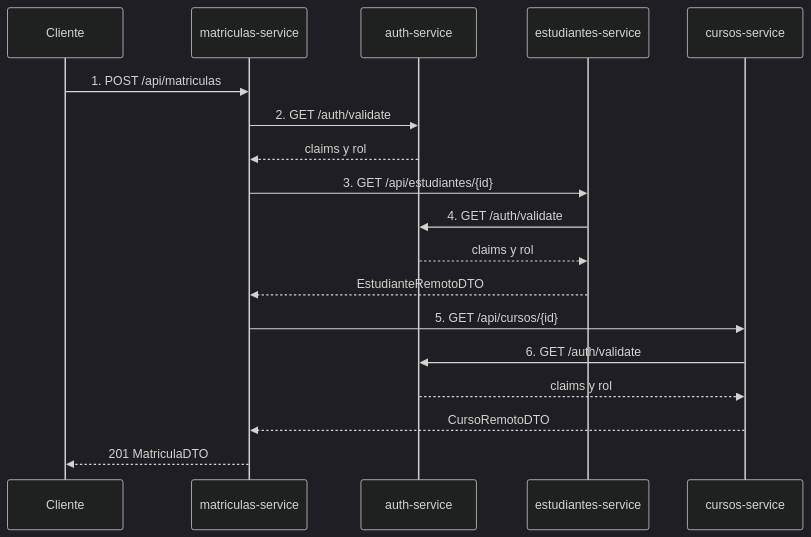
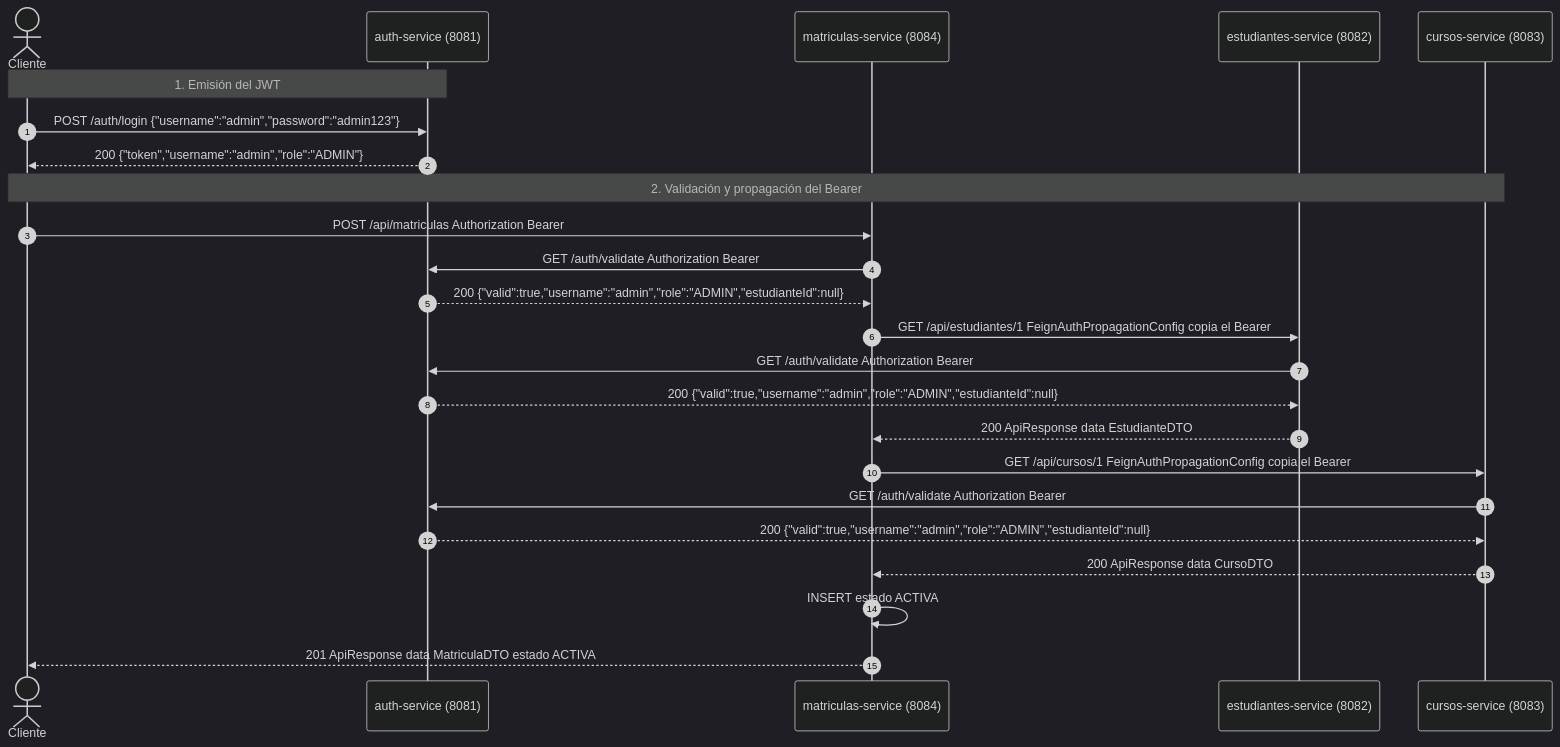
The diagram in proyecto-s3/MEMORIA-TECNICA-S3.md (smuke123/PROYECTOSOFTWARE), drawn with Mermaid (dark theme) before and after one commit. The commit also changed other lines of this file and 1 other file, not shown here.

Commit message:
docs: document JWT propagation, run steps, and the enrollment race
The README now lists the Docker build, seed credentials, and Swagger/H2 URLs. Both documents trace the Bearer token through Feign on POST /api/matriculas, and the technical memo records the cited verification results plus the cupo race.

````diff
--- a/proyecto-s3/MEMORIA-TECNICA-S3.md
+++ b/proyecto-s3/MEMORIA-TECNICA-S3.md
@@ -235,21 +237,31 @@
 ```mermaid
 sequenceDiagram
-    participant C as Cliente
-    participant M as matriculas-service
-    participant A as auth-service
-    participant E as estudiantes-service
-    participant U as cursos-service
+    autonumber
+    actor Cliente
+    participant Auth as auth-service (8081)
+    participant Mat as matriculas-service (8084)
+    participant Est as estudiantes-service (8082)
+    participant Cur as cursos-service (8083)
 
-    C->>M: 1. POST /api/matriculas
-    M->>A: 2. GET /auth/validate
-    A-->>M: claims y rol
-    M->>E: 3. GET /api/estudiantes/{id}
-    E->>A: 4. GET /auth/validate
-    A-->>E: claims y rol
-    E-->>M: EstudianteRemotoDTO
-    M->>U: 5. GET /api/cursos/{id}
-    U->>A: 6. GET /auth/validate
-    A-->>U: claims y rol
-    U-->>M: CursoRemotoDTO
-    M-->>C: 201 MatriculaDTO
+    Note over Cliente, Auth: 1. Emisión del JWT
+    Cliente->>Auth: POST /auth/login {"username":"admin","password":"admin123"}
+    Auth-->>Cliente: 200 {"token","username":"admin","role":"ADMIN"}
+
+    Note over Cliente, Cur: 2. Validación y propagación del Bearer
+    Cliente->>Mat: POST /api/matriculas Authorization Bearer
+    Mat->>Auth: GET /auth/validate Authorization Bearer
+    Auth-->>Mat: 200 {"valid":true,"username":"admin","role":"ADMIN","estudianteId":null}
+
+    Mat->>Est: GET /api/estudiantes/1 FeignAuthPropagationConfig copia el Bearer
+    Est->>Auth: GET /auth/validate Authorization Bearer
+    Auth-->>Est: 200 {"valid":true,"username":"admin","role":"ADMIN","estudianteId":null}
+    Est-->>Mat: 200 ApiResponse data EstudianteDTO
+
+    Mat->>Cur: GET /api/cursos/1 FeignAuthPropagationConfig copia el Bearer
+    Cur->>Auth: GET /auth/validate Authorization Bearer
+    Auth-->>Cur: 200 {"valid":true,"username":"admin","role":"ADMIN","estudianteId":null}
+    Cur-->>Mat: 200 ApiResponse data CursoDTO
+
+    Mat->>Mat: INSERT estado ACTIVA
+    Mat-->>Cliente: 201 ApiResponse data MatriculaDTO estado ACTIVA
 ```
````
